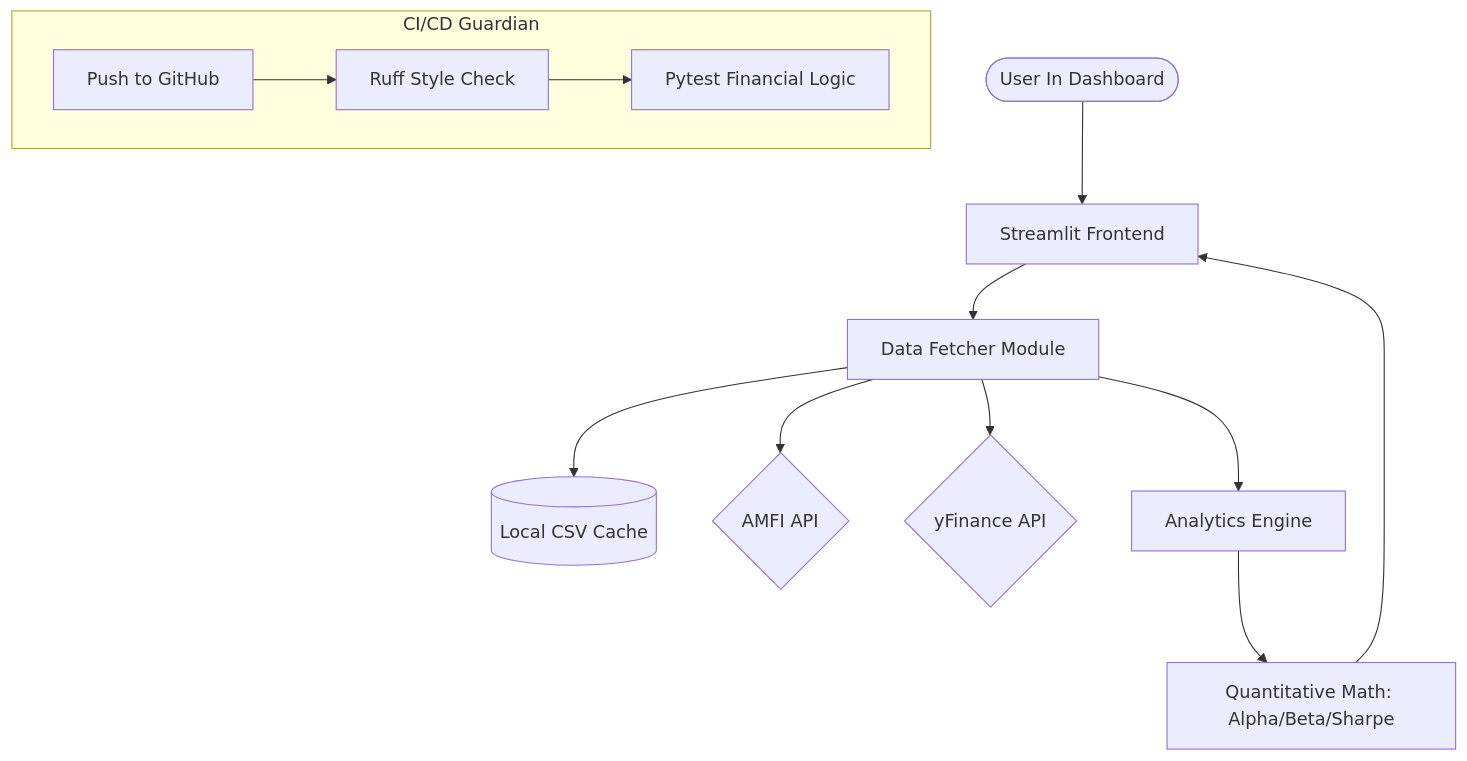
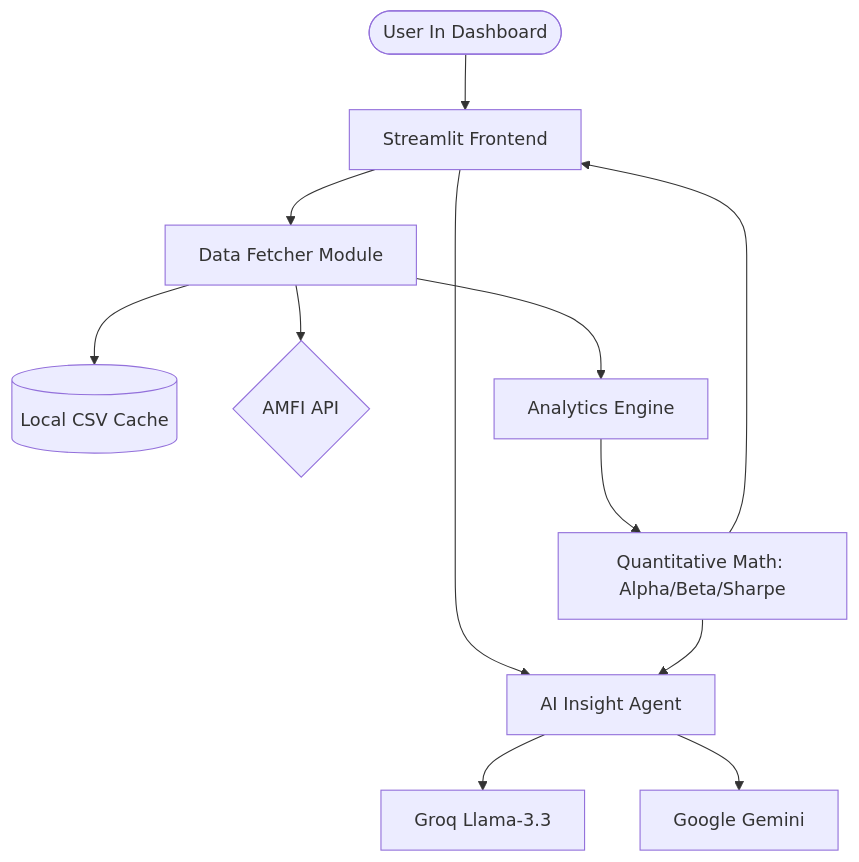
One commit to convexica/ConvexLab changed the diagram in README.md. Above: the diagram before and after it, drawn with Mermaid. The commit also changed other lines of this file and 6 other files, not shown here.

Commit message:
feat: upgrade to v1.1.0 Institutional AI Synthesis Engine. Implements High-Conviction Analyst Memo, Deterministic UI Renderer with Hanging Indents, and Dual (Groq/Gemini) Fallback Logic. Redesigns report for Quiet Luxury branding with Topic Headers.

````diff
--- a/README.md
+++ b/README.md
@@ -27,17 +35,16 @@
 ```mermaid
 graph TD
     User([User In Dashboard]) --> UI[Streamlit Frontend]
     UI --> Fetcher[Data Fetcher Module]
     Fetcher --> Cache[(Local CSV Cache)]
     Fetcher --> AMFI_API{AMFI API}
-    Fetcher --> YF_API{yFinance API}
+
+    UI --> AI[AI Insight Agent]
+    AI --> Groq[Groq Llama-3.3]
+    AI --> Gemini[Google Gemini]
 
     Fetcher --> Analytics[Analytics Engine]
     Analytics --> Math[Quantitative Math: Alpha/Beta/Sharpe]
     Math --> UI
-
-    subgraph "CI/CD Guardian"
-        Git[Push to GitHub] --> Linter[Ruff Style Check]
-        Linter --> Tester[Pytest Financial Logic]
-    end
+    Math --> AI
 ```
````
